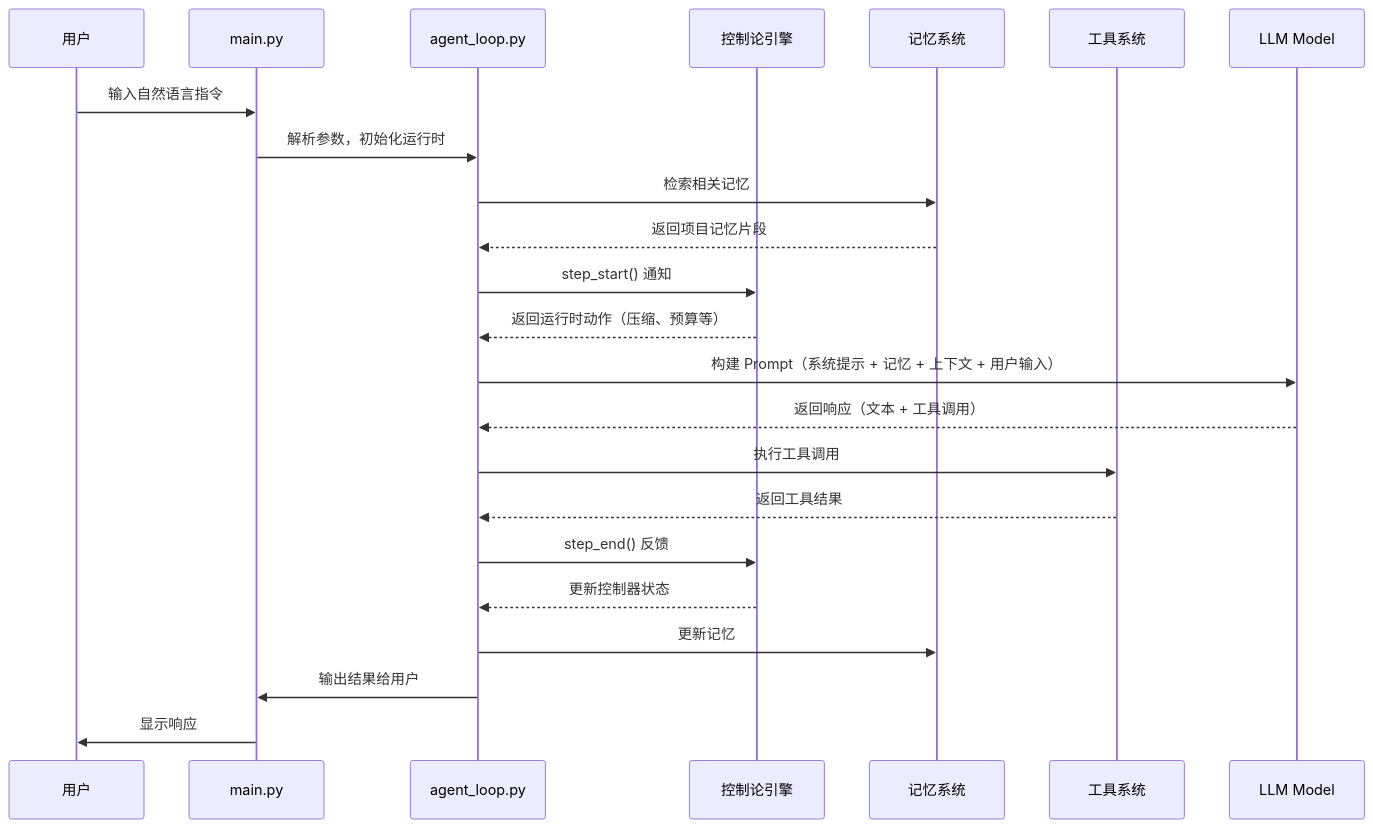
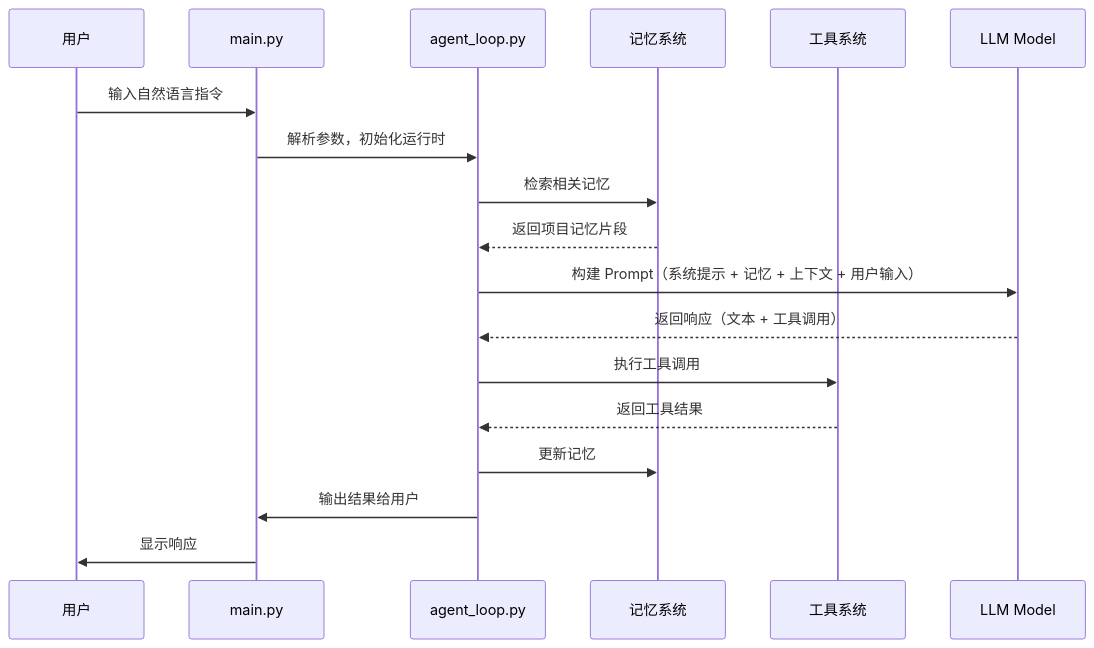
The second of 2 diagrams in README.md (Au-LiuJY/mini-coding), drawn with Mermaid before and after one commit. The commit also changed other lines of this file and 1 other file, not shown here.

````diff
--- a/README.md
+++ b/README.md
@@ -116,32 +94,25 @@
 ```mermaid
 sequenceDiagram
     participant User as 用户
     participant CLI as main.py
     participant Agent as agent_loop.py
-    participant Cyber as 控制论引擎
     participant Mem as 记忆系统
     participant Tools as 工具系统
     participant LLM as LLM Model
 
     User->>CLI: 输入自然语言指令
     CLI->>Agent: 解析参数，初始化运行时
 
     Agent->>Mem: 检索相关记忆
     Mem-->>Agent: 返回项目记忆片段
 
-    Agent->>Cyber: step_start() 通知
-    Cyber-->>Agent: 返回运行时动作（压缩、预算等）
-
     Agent->>LLM: 构建 Prompt（系统提示 + 记忆 + 上下文 + 用户输入）
     LLM-->>Agent: 返回响应（文本 + 工具调用）
 
     Agent->>Tools: 执行工具调用
     Tools-->>Agent: 返回工具结果
 
-    Agent->>Cyber: step_end() 反馈
-    Cyber-->>Agent: 更新控制器状态
-
     Agent->>Mem: 更新记忆
     Agent->>CLI: 输出结果给用户
     CLI->>User: 显示响应
 ```
````
